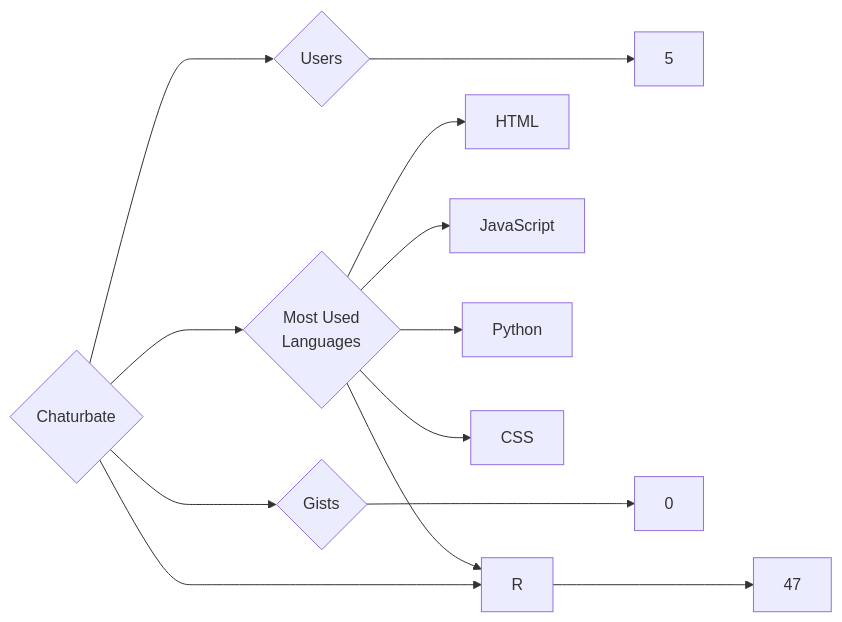
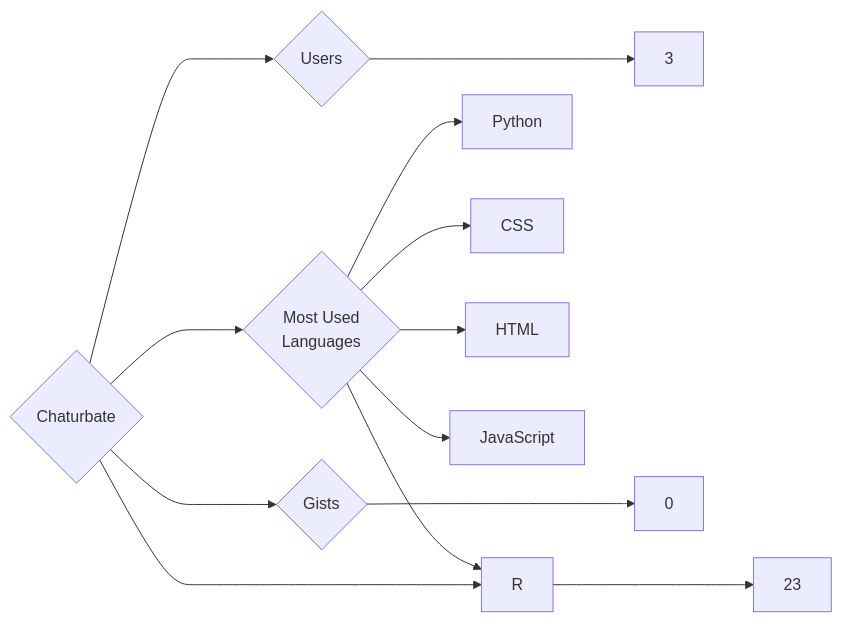
One commit to trickest/insiders changed the diagram in targets/Chaturbate/README.md. Above: the diagram before and after it, drawn with Mermaid. The commit also changed 870 other files, not shown here.

````diff
--- a/targets/Chaturbate/README.md
+++ b/targets/Chaturbate/README.md
@@ -3,13 +3,13 @@
 ```mermaid
 graph LR
 COMPANY_NAME{Chaturbate}
-COMPANY_NAME ---> U{Users} ---> UN[5]
-COMPANY_NAME ---> R{Repositories} ---> RN[47]
+COMPANY_NAME ---> U{Users} ---> UN[3]
+COMPANY_NAME ---> R{Repositories} ---> RN[23]
 COMPANY_NAME ---> G{Gists} ---> GN[0]
 COMPANY_NAME ---> ML{Most Used<br>Languages}
-ML --> HTML[HTML]
-ML --> JavaScript[JavaScript]
 ML --> Python[Python]
 ML --> CSS[CSS]
 ML --> R[R]
+ML --> HTML[HTML]
+ML --> JavaScript[JavaScript]
 ```
````
